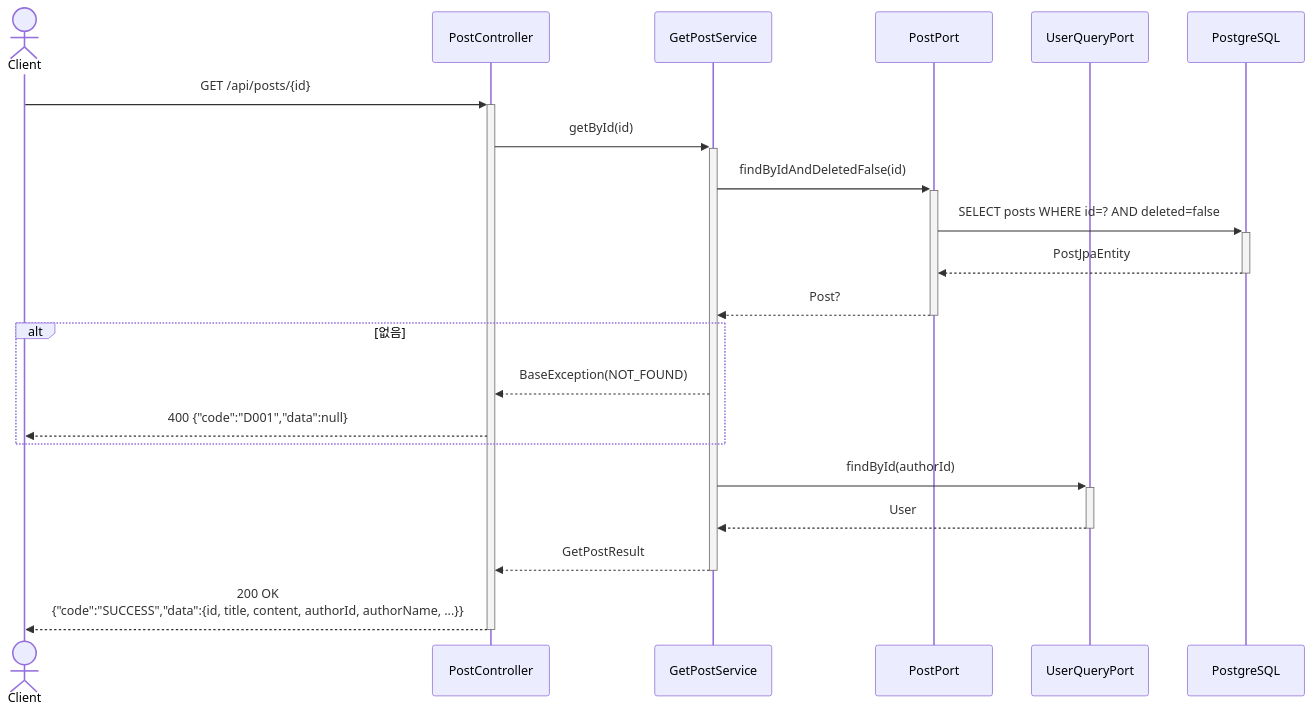
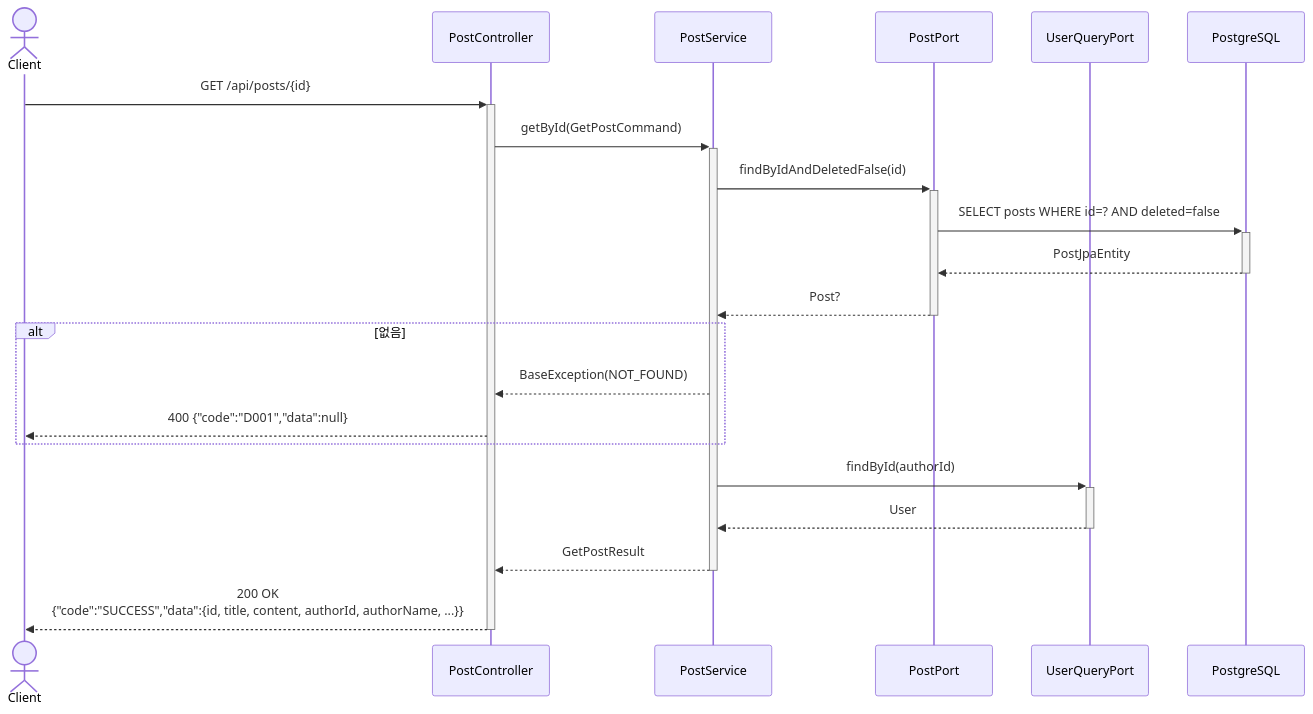
Before and after one commit to GoToOOP2/OOP: the fourth of 8 diagrams in docs/architecture/Post 설계문서.md, drawn with Mermaid. The commit also changed other lines of this file, not shown here.

Commit message:
docs : 설계 문서 시퀀스 다이어그램 PostService 통합 반영

````diff
--- a/docs/architecture/Post 설계문서.md
+++ b/docs/architecture/Post 설계문서.md
@@ -151,24 +151,24 @@
 ```mermaid
 sequenceDiagram
     actor Client
     participant C as PostController
-    participant S as GetPostService
+    participant S as PostService
     participant PP as PostPort
     participant UQP as UserQueryPort
     participant DB as PostgreSQL
 
     Client ->>+ C: GET /api/posts/{id}
-    C ->>+ S: getById(id)
+    C ->>+ S: getById(GetPostCommand)
     S ->>+ PP: findByIdAndDeletedFalse(id)
     PP ->>+ DB: SELECT posts WHERE id=? AND deleted=false
     DB -->>- PP: PostJpaEntity
     PP -->>- S: Post?
     alt 없음
         S -->> C: BaseException(NOT_FOUND)
         C -->> Client: 400 {"code":"D001","data":null}
     end
     S ->>+ UQP: findById(authorId)
     UQP -->>- S: User
     S -->>- C: GetPostResult
     C -->>- Client: 200 OK<br/>{"code":"SUCCESS","data":{id, title, content, authorId, authorName, ...}}
 ```
````
